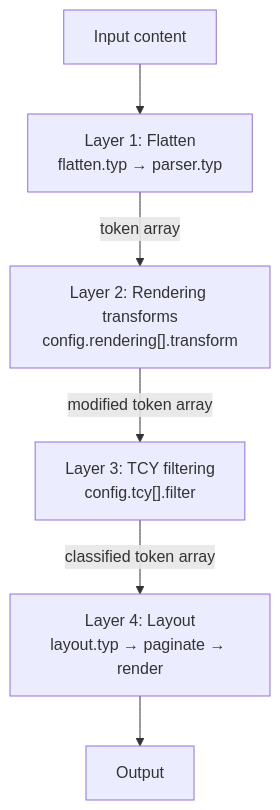
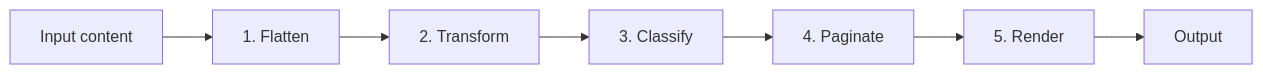
The diagram in packages/preview/basho/0.1.0/README.md (typst/packages), drawn with Mermaid before and after one commit. The commit also changed other lines of this file and 11 other files, not shown here.

First line of the commit message:
Refactor: architecture and enhance documentation

````diff
--- a/packages/preview/basho/0.1.0/README.md
+++ b/packages/preview/basho/0.1.0/README.md
@@ -121,8 +121,9 @@
 ```mermaid
-flowchart TD
-    Input["Input content"] --> Layer1["Layer 1: Flatten<br/>flatten.typ → parser.typ"]
-    Layer1 -->|"token array"| Layer2["Layer 2: Rendering transforms<br/>config.rendering[].transform"]
-    Layer2 -->|"modified token array"| Layer3["Layer 3: TCY filtering<br/>config.tcy[].filter"]
-    Layer3 -->|"classified token array"| Layer4["Layer 4: Layout<br/>layout.typ → paginate → render"]
-    Layer4 --> Output["Output"]
+flowchart LR
+    Input["Input content"] --> Flatten["1. Flatten"]
+    Flatten --> Transform["2. Transform"]
+    Transform --> Classify["3. Classify"]
+    Classify --> Paginate["4. Paginate"]
+    Paginate --> Render["5. Render"]
+    Render --> Output["Output"]
 ```
````
